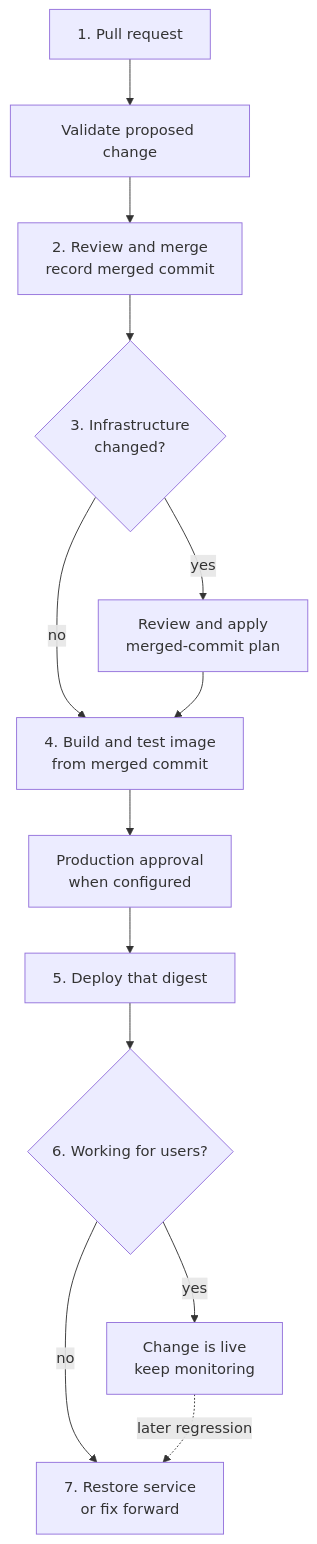
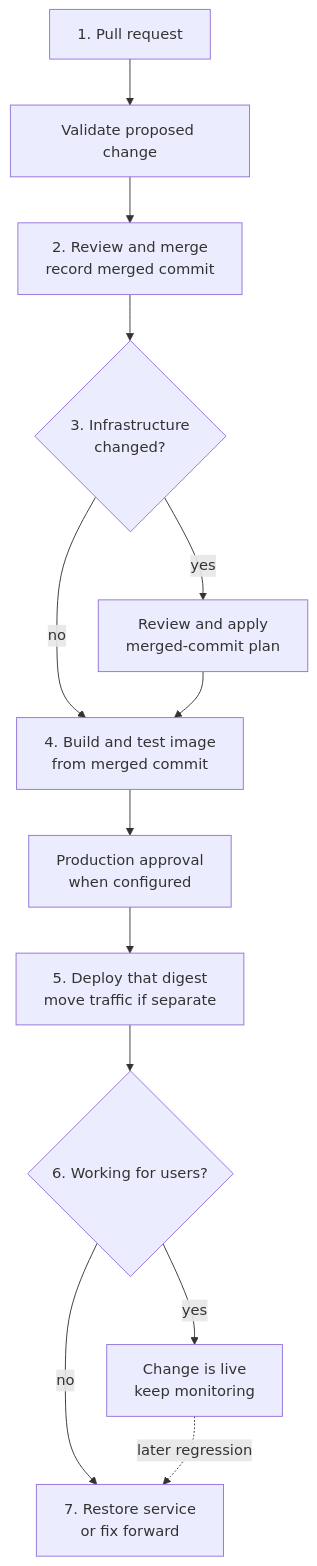
One commit to David-A18/MY-humble-knowledge-for-everyone changed the diagram in knowledge/cross-topic-guides/end-to-end-deployment.md. Above: the diagram before and after it, drawn with Mermaid. The commit also changed other lines of this file and 7 other files, not shown here.

````diff
--- a/knowledge/cross-topic-guides/end-to-end-deployment.md
+++ b/knowledge/cross-topic-guides/end-to-end-deployment.md
@@ -102,15 +115,15 @@
 ```mermaid
 flowchart TB
   pr["1. Pull request"] --> ci["Validate proposed change"]
   ci --> merge["2. Review and merge<br/>record merged commit"]
   merge --> need{"3. Infrastructure<br/>changed?"}
   need -- "yes" --> infra["Review and apply<br/>merged-commit plan"]
   need -- "no" --> art["4. Build and test image<br/>from merged commit"]
   infra --> art
   art --> gate["Production approval<br/>when configured"]
-  gate --> dep["5. Deploy that digest"]
+  gate --> dep["5. Deploy that digest<br/>move traffic if separate"]
   dep --> chk{"6. Working for users?"}
   chk -- "yes" --> done["Change is live<br/>keep monitoring"]
   chk -- "no" --> rec["7. Restore service<br/>or fix forward"]
   done -. "later regression" .-> rec
 ```
````
